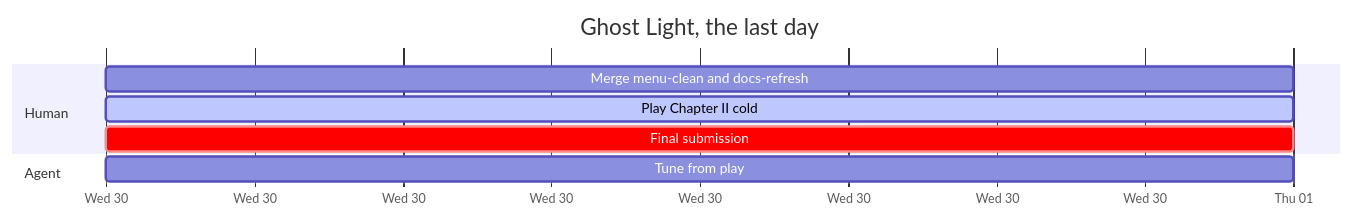
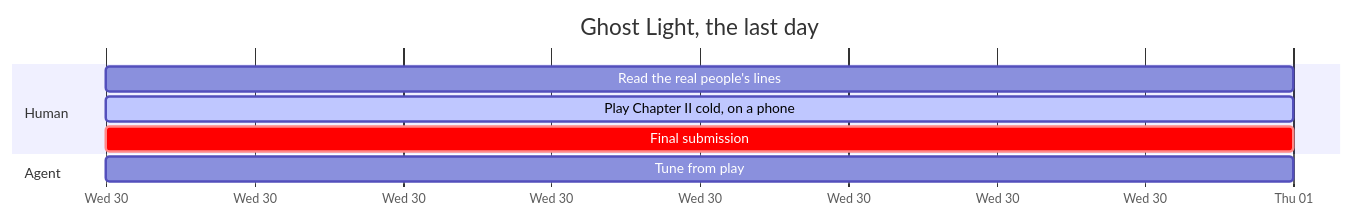
One commit to LoMagnette/ghost-light changed the second of 2 diagrams in STATUS.md. Above: the diagram before and after it, drawn with Mermaid. The commit also changed other lines of this file and 1 other file, not shown here.

````diff
--- a/STATUS.md
+++ b/STATUS.md
@@ -186,12 +191,12 @@
 ```mermaid
 gantt
     title Ghost Light, the last day
     dateFormat YYYY-MM-DD
     axisFormat %a %d
     section Human
-    Merge menu-clean and docs-refresh :h0, 2026-09-30, 1d
-    Play Chapter II cold              :active, h1, 2026-09-30, 1d
+    Read the real people's lines      :h3, 2026-09-30, 1d
+    Play Chapter II cold, on a phone  :active, h1, 2026-09-30, 1d
     Final submission                  :crit, s2, 2026-09-30, 1d
     section Agent
     Tune from play                    :g1, 2026-09-30, 1d
 ```
````
